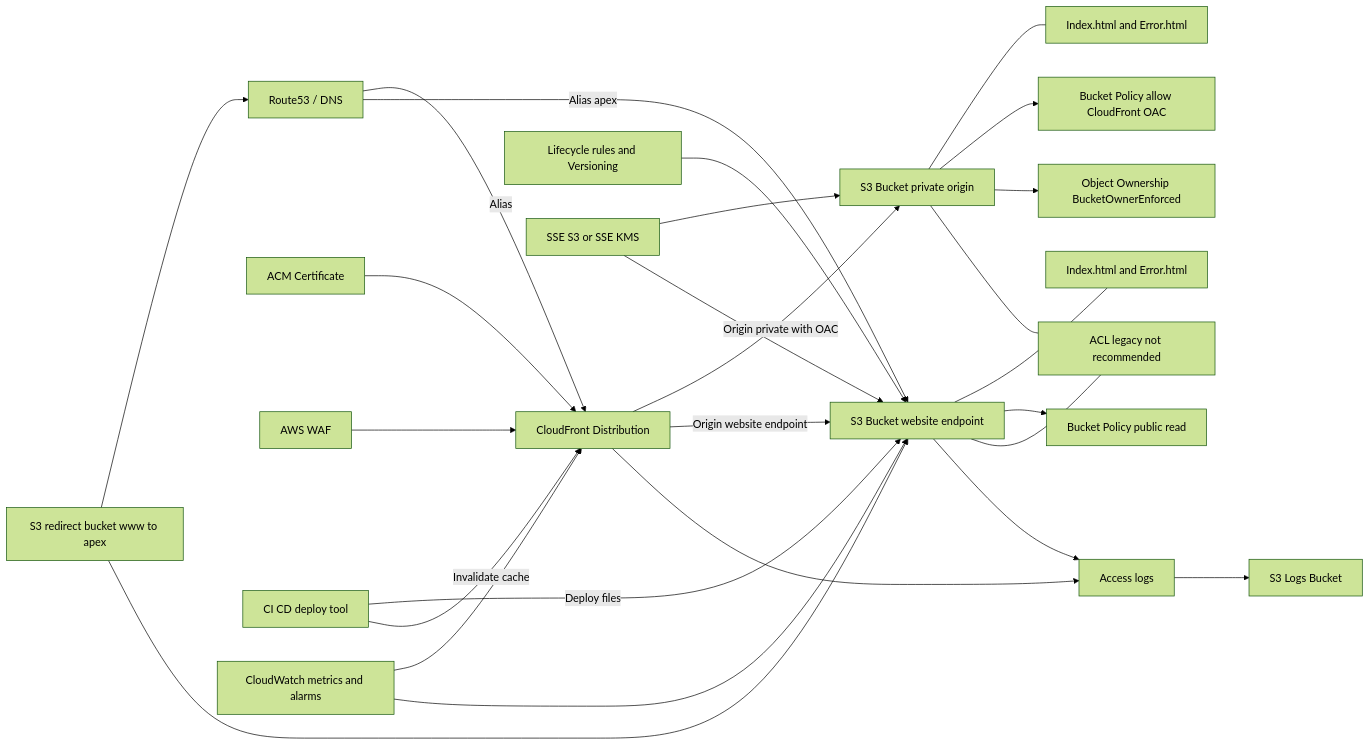
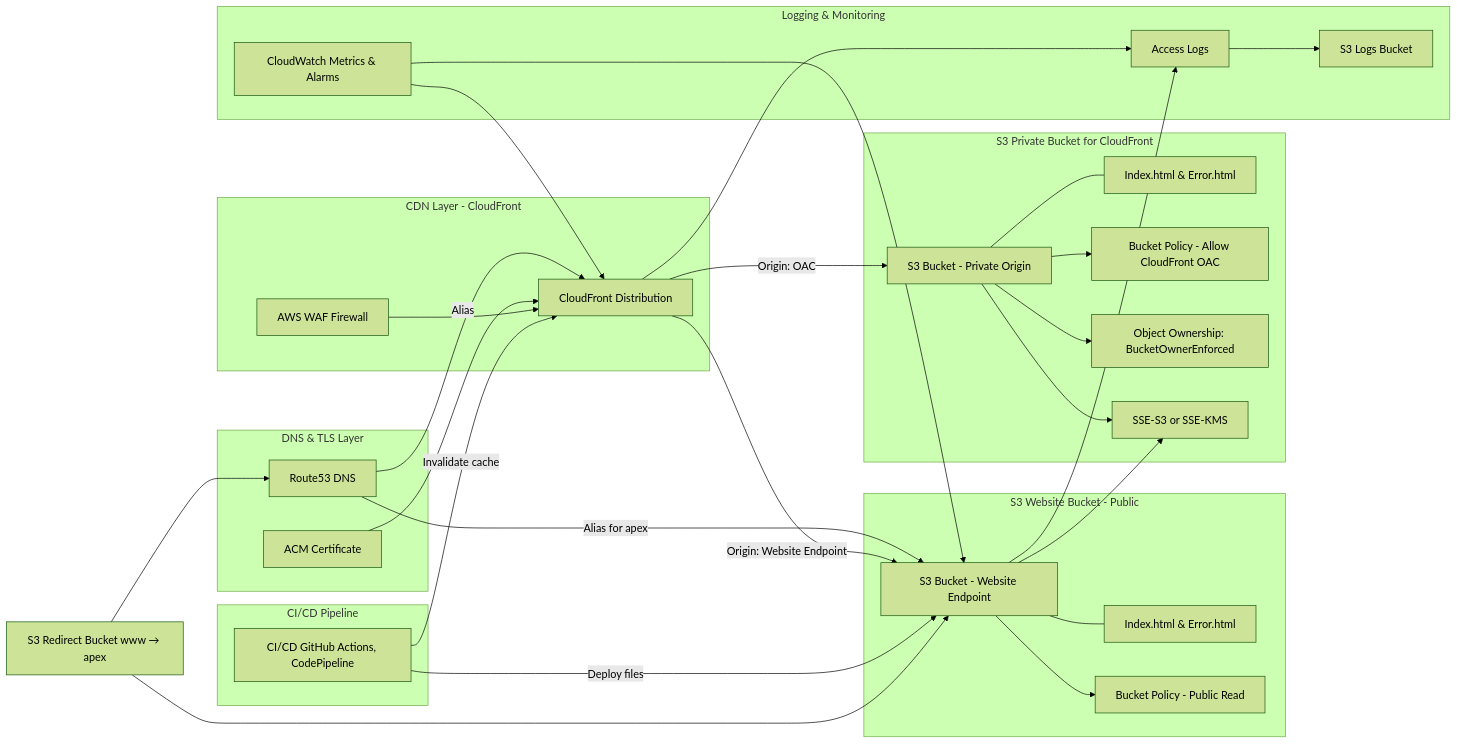
The second of 2 diagrams in 01-intro-aws/01-static-website-on-s3-bucket.md (bngams/m2dfs-25-cloud-archi), drawn with Mermaid (forest theme) before and after one commit.

Commit message:
Enhance mermaid diagram for AWS architecture
Updated the mermaid diagram to include DNS, TLS, CDN, S3 bucket configurations, logging, monitoring, and CI/CD processes.

````diff
--- a/01-intro-aws/01-static-website-on-s3-bucket.md
+++ b/01-intro-aws/01-static-website-on-s3-bucket.md
@@ -40,55 +40,89 @@
 ```mermaid
 flowchart LR
 
-  %% Domain & DNS
-  DNS[Route53 / DNS] -->|Alias| CloudFront[CloudFront Distribution]
-  DNS -->|Alias apex| S3_Bucket_Web[S3 Bucket website endpoint]
+%% =====================================================================
+%% DNS & TLS
+%% =====================================================================
+subgraph DNS_TLS[DNS & TLS Layer]
+    DNS[Route53 DNS]
+    ACM[ACM Certificate]
+end
 
-  %% TLS
-  ACM[ACM Certificate] --> CloudFront
+%% =====================================================================
+%% CDN / Edge
+%% =====================================================================
+subgraph CDN[CDN Layer - CloudFront]
+    CloudFront[CloudFront Distribution]
+    WAF[AWS WAF Firewall]
+end
 
-  %% CDN & Origins
-  CloudFront -->|Origin private with OAC| S3_Bucket_Private[S3 Bucket private origin]
-  CloudFront -->|Origin website endpoint| S3_Bucket_Web
+%% =====================================================================
+%% S3 Buckets
+%% =====================================================================
+subgraph S3_WEBSITE[S3 Website Bucket - Public]
+    S3_Bucket_Web[S3 Bucket - Website Endpoint]
+    Index[Index.html & Error.html]
+    BucketPolicyPublic[Bucket Policy - Public Read]
+end
 
-  %% S3 website bucket components
-  S3_Bucket_Web --- Index[Index.html and Error.html]
+subgraph S3_PRIVATE[S3 Private Bucket for CloudFront]
+    S3_Bucket_Private[S3 Bucket - Private Origin]
+    Index2[Index.html & Error.html]
+    BucketPolicyCF[Bucket Policy - Allow CloudFront OAC]
+    ObjectOwnership[Object Ownership: BucketOwnerEnforced]
+    Encryption[SSE-S3 or SSE-KMS]
+end
 
-  %% S3 private bucket components
-  S3_Bucket_Private --- Index2[Index.html and Error.html]
+%% =====================================================================
+%% Logging & Monitoring
+%% =====================================================================
+subgraph LOGS[Logging & Monitoring]
+    LogsS3[Access Logs]
+    LogsBucket[S3 Logs Bucket]
+    Monitoring[CloudWatch Metrics & Alarms]
+end
 
-  %% Policies
-  S3_Bucket_Web --> BucketPolicyPublic[Bucket Policy public read]
-  S3_Bucket_Private --> BucketPolicyCF[Bucket Policy allow CloudFront OAC]
+%% =====================================================================
+%% CI/CD
+%% =====================================================================
+subgraph CICD[CI/CD Pipeline]
+    CI[CI/CD GitHub Actions, CodePipeline]
+end
 
-  %% Object ownership
-  S3_Bucket_Private --> ObjectOwnership[Object Ownership BucketOwnerEnforced]
+%% =====================================================================
+%% Connections
+%% =====================================================================
 
-  %% ACL
-  ACL_note[ACL legacy not recommended]
-  S3_Bucket_Web --- ACL_note
-  S3_Bucket_Private --- ACL_note
+DNS -->|Alias| CloudFront
+DNS -->|Alias for apex| S3_Bucket_Web
+ACM --> CloudFront
 
-  %% Security and logging
-  WAF[AWS WAF] --> CloudFront
-  LogsS3[Access logs] --> LogsBucket[S3 Logs Bucket]
-  CloudFront --> LogsS3
-  S3_Bucket_Web --> LogsS3
+CloudFront -->|Origin: OAC| S3_Bucket_Private
+CloudFront -->|Origin: Website Endpoint| S3_Bucket_Web
 
-  %% CI CD
-  CI[CI CD deploy tool] -->|Deploy files| S3_Bucket_Web
-  CI -->|Invalidate cache| CloudFront
+WAF --> CloudFront
 
-  %% Monitoring
-  Monitoring[CloudWatch metrics and alarms] --> CloudFront
-  Monitoring --> S3_Bucket_Web
+S3_Bucket_Web --- Index
+S3_Bucket_Private --- Index2
 
-  %% Data management
-  Lifecycle[Lifecycle rules and Versioning] --> S3_Bucket_Web
-  Encryption[SSE S3 or SSE KMS] --> S3_Bucket_Private
-  Encryption --> S3_Bucket_Web
+S3_Bucket_Web --> BucketPolicyPublic
+S3_Bucket_Private --> BucketPolicyCF
 
-  %% Redirect bucket
-  RedirectBucket[S3 redirect bucket www to apex] --> DNS
-  RedirectBucket --> S3_Bucket_Web
+S3_Bucket_Private --> ObjectOwnership
+S3_Bucket_Private --> Encryption
+S3_Bucket_Web --> Encryption
+
+CloudFront --> LogsS3
+S3_Bucket_Web --> LogsS3
+LogsS3 --> LogsBucket
+
+Monitoring --> CloudFront
+Monitoring --> S3_Bucket_Web
+
+CI -->|Deploy files| S3_Bucket_Web
+CI -->|Invalidate cache| CloudFront
+
+%% Optional redirect bucket
+RedirectBucket[S3 Redirect Bucket www → apex] --> DNS
+RedirectBucket --> S3_Bucket_Web
 ```
````
